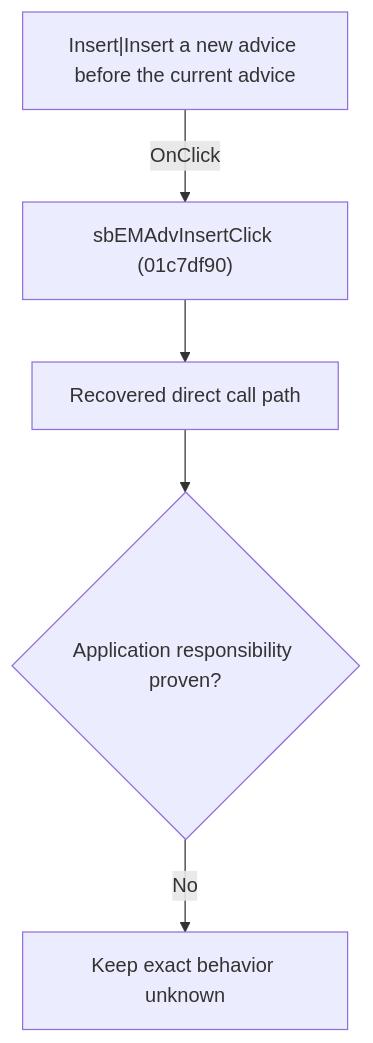
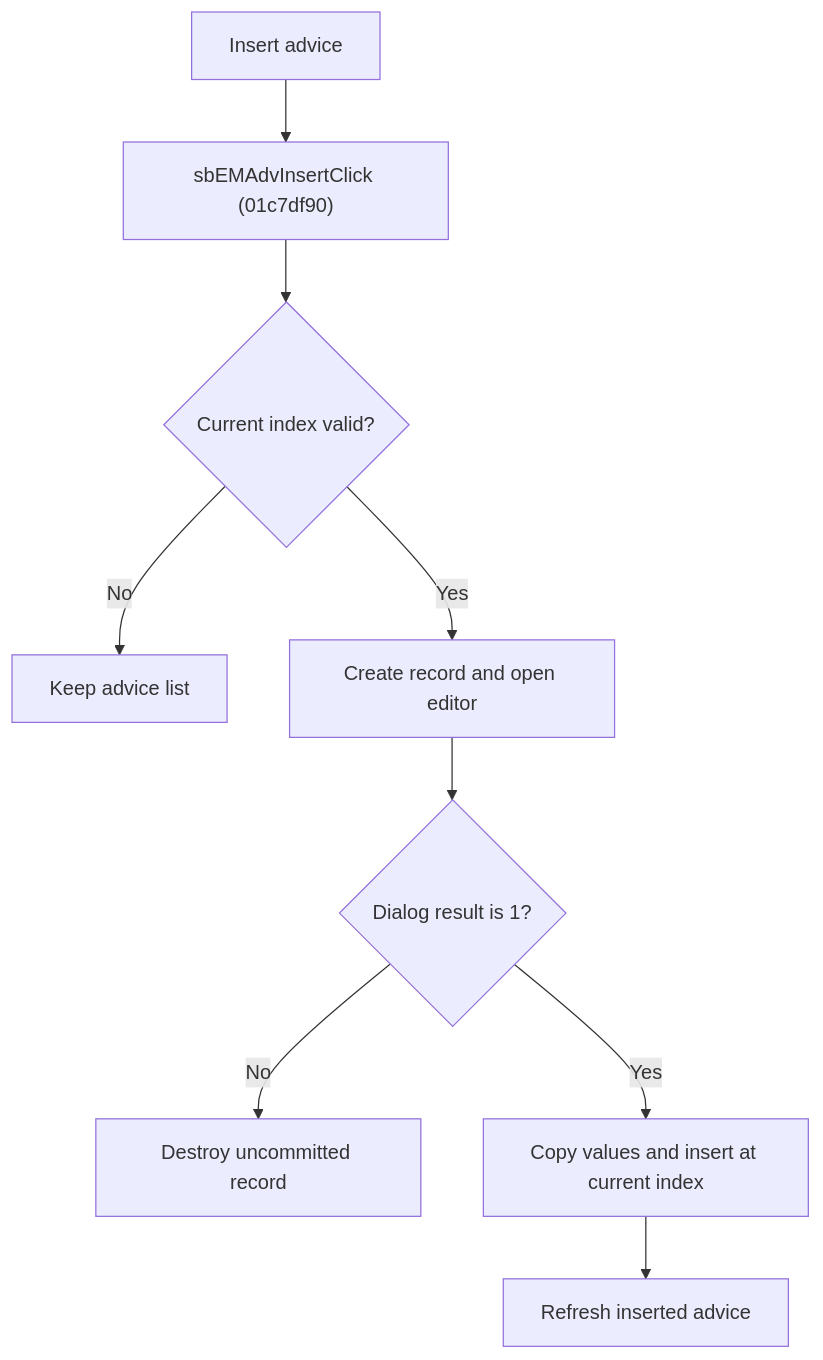
The diagram in docs/ui-controls/schematiceditor/sbemadvinsert-d0d26dc609.md (MovGP0/TIARA), drawn with Mermaid before and after one commit. The commit also changed other lines of this file and 241 other files, not shown here.

````diff
--- a/docs/ui-controls/schematiceditor/sbemadvinsert-d0d26dc609.md
+++ b/docs/ui-controls/schematiceditor/sbemadvinsert-d0d26dc609.md
@@ -27,7 +20,11 @@
 ```mermaid
 flowchart TD
-    control["Insert|Insert a new advice before the current advice"] -->|"OnClick"| handler["sbEMAdvInsertClick (01c7df90)"]
-    handler --> recovered["Recovered direct call path"]
-    recovered --> gap{"Application responsibility proven?"}
-    gap -->|"No"| blocked["Keep exact behavior unknown"]
+    control["Insert advice"] --> handler["sbEMAdvInsertClick (01c7df90)"]
+    handler --> valid{"Current index valid?"}
+    valid -->|"No"| noop["Keep advice list"]
+    valid -->|"Yes"| dialog["Create record and open editor"]
+    dialog --> accepted{"Dialog result is 1?"}
+    accepted -->|"No"| discard["Destroy uncommitted record"]
+    accepted -->|"Yes"| insert["Copy values and insert at current index"]
+    insert --> refresh["Refresh inserted advice"]
 ```
````
